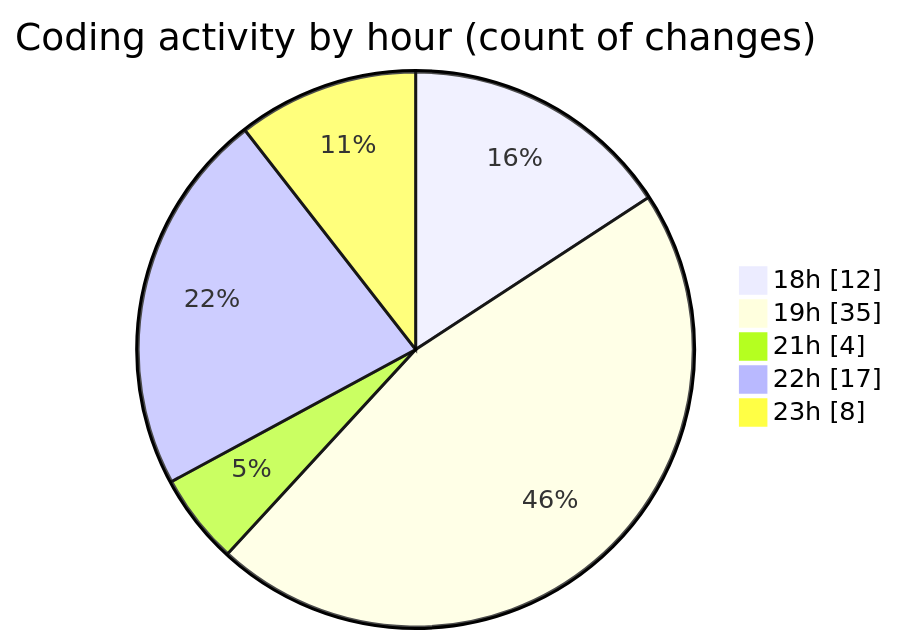
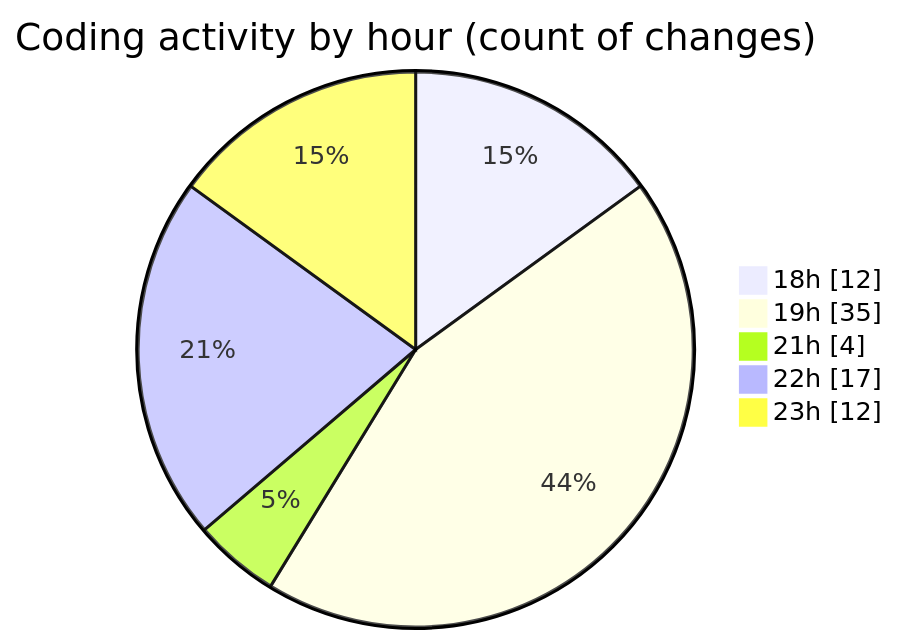
The second of 2 diagrams in 2025-05-15/laala_boost/README.md (Elitesun/code-tracking), drawn with Mermaid before and after one commit. The commit also changed other lines of this file and 1 other file, not shown here.

````diff
--- a/2025-05-15/laala_boost/README.md
+++ b/2025-05-15/laala_boost/README.md
@@ -52,9 +52,9 @@
 ```mermaid
 pie showData
 title Coding activity by hour (count of changes)
 "18h" : 12
 "19h" : 35
 "21h" : 4
 "22h" : 17
-"23h" : 8
+"23h" : 12
 ```
````
